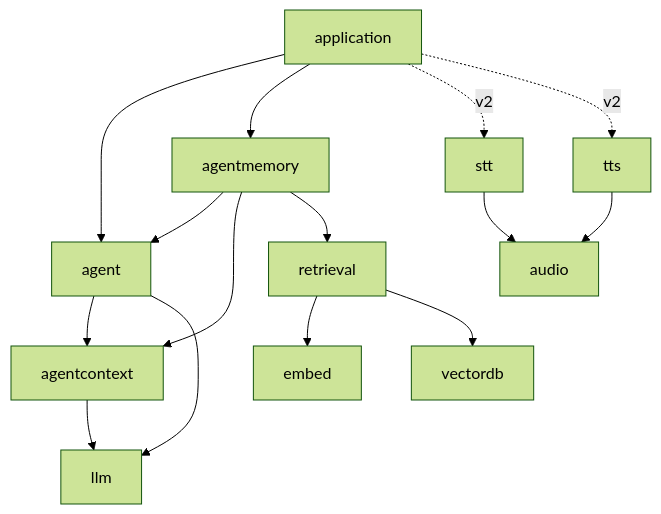
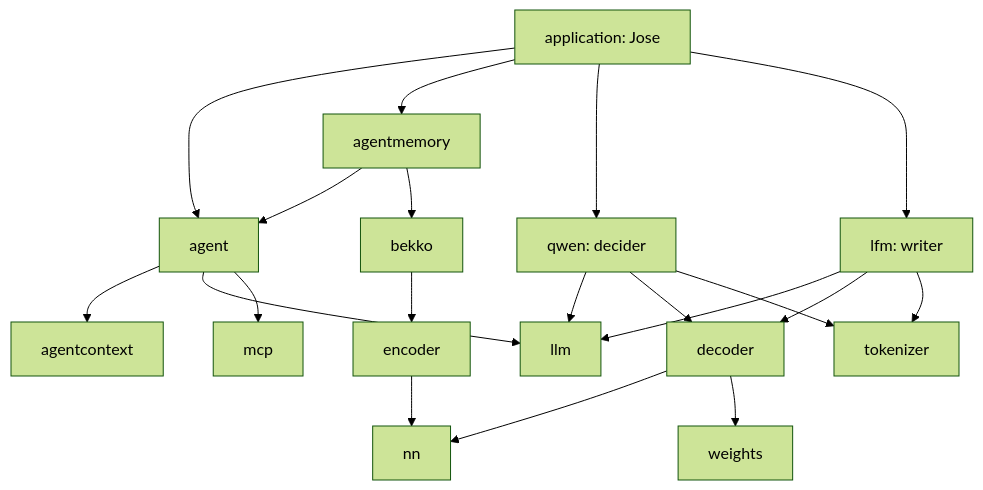
The diagram in docs/AGENT_ECOSYSTEM_MASTER_PLAN.md (webtyp/agent), drawn with Mermaid (forest theme) before and after one commit. The commit also changed other lines of this file, not shown here.

````diff
--- a/docs/AGENT_ECOSYSTEM_MASTER_PLAN.md
+++ b/docs/AGENT_ECOSYSTEM_MASTER_PLAN.md
@@ -64,17 +64,22 @@
 ```mermaid
 flowchart TD
-    APP[application] --> AGENT[agent]
+    APP[application: Jose] --> AGENT[agent]
     APP --> AM[agentmemory]
+    APP --> QWEN[qwen: decider]
+    APP --> LFM[lfm: writer]
     AGENT --> AC[agentcontext]
     AGENT --> LLM[llm]
-    AC --> LLM
+    AGENT --> MCP[mcp]
     AM --> AGENT
-    AM --> AC
-    AM --> R[retrieval]
-    R --> EMBED[embed]
-    R --> VDB[vectordb]
-    STT[stt] --> AUDIO[audio]
-    TTS[tts] --> AUDIO
-    APP -. v2 .-> STT
-    APP -. v2 .-> TTS
+    AM --> BEKKO[bekko]
+    QWEN --> LLM
+    LFM --> LLM
+    QWEN --> DEC[decoder]
+    LFM --> DEC
+    QWEN --> TOK[tokenizer]
+    LFM --> TOK
+    DEC --> NN[nn]
+    DEC --> W[weights]
+    BEKKO --> ENC[encoder]
+    ENC --> NN
 ```
````
